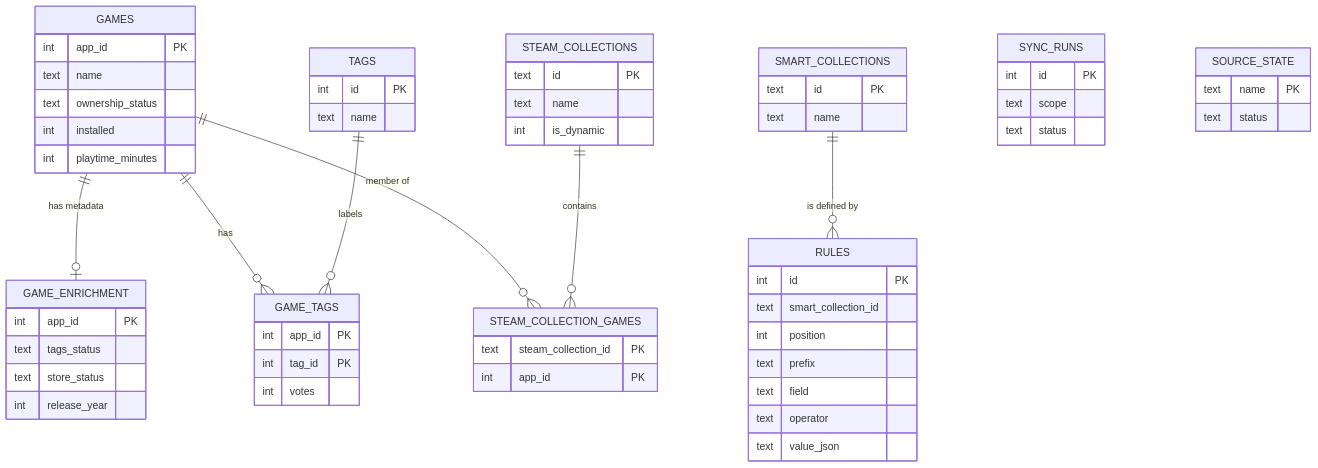
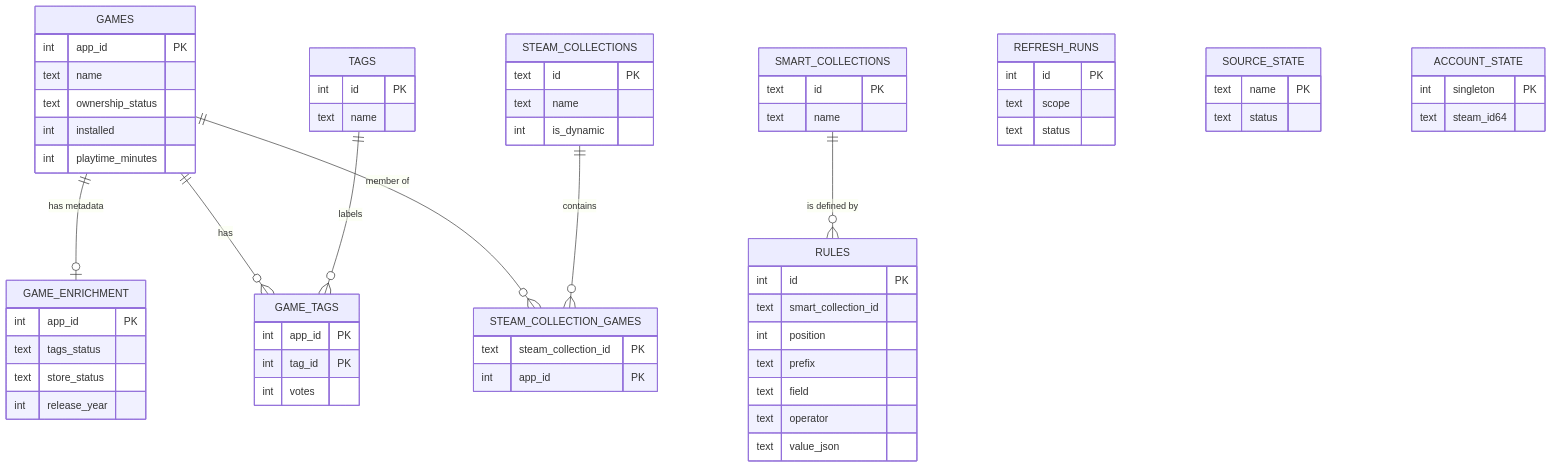
One commit to fran2889/game-cat changed the diagram in docs/specs/game-cat-v1-data-model-and-api.md. Above: the diagram before and after it, drawn with Mermaid. The commit also changed other lines of this file and 3 other files, not shown here.

````diff
--- a/docs/specs/game-cat-v1-data-model-and-api.md
+++ b/docs/specs/game-cat-v1-data-model-and-api.md
@@ -106,63 +107,67 @@
 ```mermaid
 erDiagram
     GAMES ||--o| GAME_ENRICHMENT : "has metadata"
     GAMES ||--o{ GAME_TAGS : "has"
     TAGS ||--o{ GAME_TAGS : "labels"
     GAMES ||--o{ STEAM_COLLECTION_GAMES : "member of"
     STEAM_COLLECTIONS ||--o{ STEAM_COLLECTION_GAMES : "contains"
     SMART_COLLECTIONS ||--o{ RULES : "is defined by"
 
     GAMES {
       int app_id PK
       text name
       text ownership_status
       int installed
       int playtime_minutes
     }
     GAME_ENRICHMENT {
       int app_id PK
       text tags_status
       text store_status
       int release_year
     }
     TAGS {
       int id PK
       text name
     }
     GAME_TAGS {
       int app_id PK
       int tag_id PK
       int votes
     }
     STEAM_COLLECTIONS {
       text id PK
       text name
       int is_dynamic
     }
     STEAM_COLLECTION_GAMES {
       text steam_collection_id PK
       int app_id PK
     }
     SMART_COLLECTIONS {
       text id PK
       text name
     }
     RULES {
       int id PK
       text smart_collection_id
       int position
       text prefix
       text field
       text operator
       text value_json
     }
-    SYNC_RUNS {
+    REFRESH_RUNS {
       int id PK
       text scope
       text status
     }
     SOURCE_STATE {
       text name PK
       text status
     }
+    ACCOUNT_STATE {
+      int singleton PK
+      text steam_id64
+    }
 ```
````
